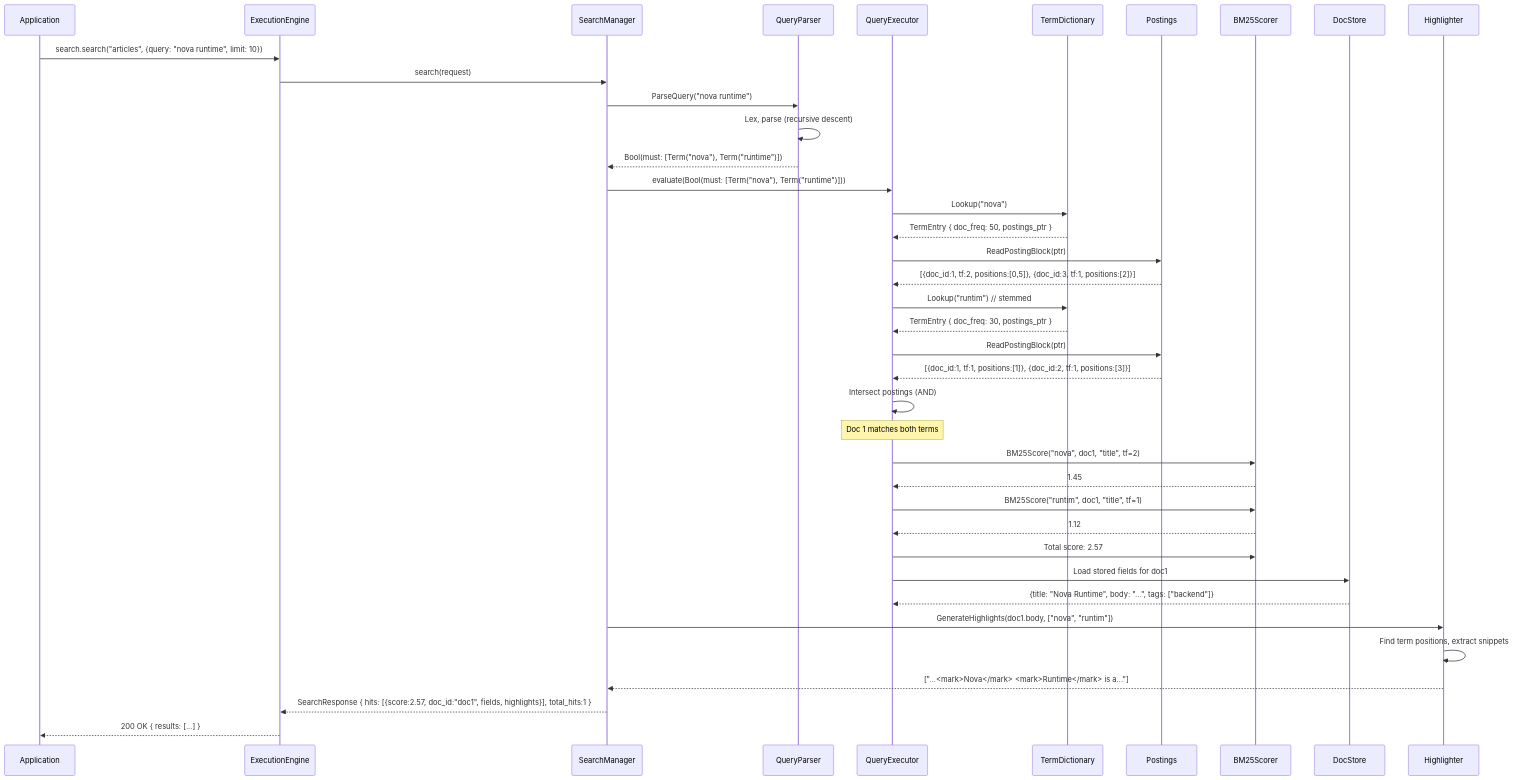
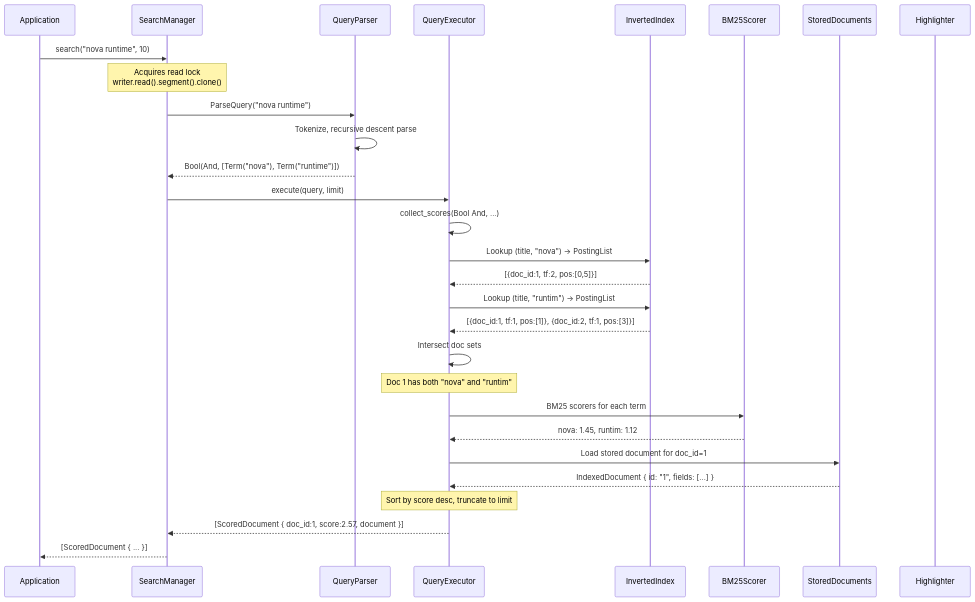
One commit to Icarus-afk/Nova-Runtime changed the sixth of 8 diagrams in docs/19-search.md. Above: the diagram before and after it, drawn with Mermaid. The commit also changed other lines of this file and 7 other files, not shown here.

First line of the commit message:
Update architecture docs to match Phase 3 implementation

````diff
--- a/docs/19-search.md
+++ b/docs/19-search.md
@@ -1625,55 +1347,43 @@
 ```mermaid
 sequenceDiagram
     participant A as Application
-    participant EE as ExecutionEngine
     participant SM as SearchManager
     participant QP as QueryParser
     participant QE as QueryExecutor
-    participant TD as TermDictionary
-    participant PT as Postings
+    participant IX as InvertedIndex
     participant SC as BM25Scorer
-    participant DS as DocStore
+    participant DS as StoredDocuments
     participant HL as Highlighter
 
-    A->>EE: search.search("articles", {query: "nova runtime", limit: 10})
-    EE->>SM: search(request)
+    A->>SM: search("nova runtime", 10)
+    
+    Note over SM: Acquires read lock<br/>writer.read().segment().clone()
     
     SM->>QP: ParseQuery("nova runtime")
-    QP->>QP: Lex, parse (recursive descent)
-    QP-->>SM: Bool(must: [Term("nova"), Term("runtime")])
+    QP->>QP: Tokenize, recursive descent parse
+    QP-->>SM: Bool(And, [Term("nova"), Term("runtime")])
     
-    SM->>QE: evaluate(Bool(must: [Term("nova"), Term("runtime")]))
+    SM->>QE: execute(query, limit)
     
-    QE->>TD: Lookup("nova")
-    TD-->>QE: TermEntry { doc_freq: 50, postings_ptr }
+    QE->>QE: collect_scores(Bool And, ...)
     
-    QE->>PT: ReadPostingBlock(ptr)
-    PT-->>QE: [{doc_id:1, tf:2, positions:[0,5]}, {doc_id:3, tf:1, positions:[2]}]
+    QE->>IX: Lookup (title, "nova") -> PostingList
+    IX-->>QE: [{doc_id:1, tf:2, pos:[0,5]}]
     
-    QE->>TD: Lookup("runtim") // stemmed
-    TD-->>QE: TermEntry { doc_freq: 30, postings_ptr }
+    QE->>IX: Lookup (title, "runtim") -> PostingList
+    IX-->>QE: [{doc_id:1, tf:1, pos:[1]}, {doc_id:2, tf:1, pos:[3]}]
     
-    QE->>PT: ReadPostingBlock(ptr)
-    PT-->>QE: [{doc_id:1, tf:1, positions:[1]}, {doc_id:2, tf:1, positions:[3]}]
+    QE->>QE: Intersect doc sets
+    Note over QE: Doc 1 has both "nova" and "runtim"
     
-    QE->>QE: Intersect postings (AND)
-    Note over QE: Doc 1 matches both terms
+    QE->>SC: BM25 scorers for each term
+    SC-->>QE: nova: 1.45, runtim: 1.12
     
-    QE->>SC: BM25Score("nova", doc1, "title", tf=2)
-    SC-->>QE: 1.45
+    QE->>DS: Load stored document for doc_id=1
+    DS-->>QE: IndexedDocument { id: "1", fields: [...] }
     
-    QE->>SC: BM25Score("runtim", doc1, "title", tf=1)
-    SC-->>QE: 1.12
+    Note over QE: Sort by score desc, truncate to limit
     
-    QE->>SC: Total score: 2.57
-    
-    QE->>DS: Load stored fields for doc1
-    DS-->>QE: {title: "Nova Runtime", body: "...", tags: ["backend"]}
-    
-    SM->>HL: GenerateHighlights(doc1.body, ["nova", "runtim"])
-    HL->>HL: Find term positions, extract snippets
-    HL-->>SM: ["...<mark>Nova</mark> <mark>Runtime</mark> is a..."]
-    
-    SM-->>EE: SearchResponse { hits: [{score:2.57, doc_id:"doc1", fields, highlights}], total_hits:1 }
-    EE-->>A: 200 OK { results: [...] }
+    QE-->>SM: [ScoredDocument { doc_id:1, score:2.57, document }]
+    SM-->>A: [ScoredDocument { ... }]
 ```
````
